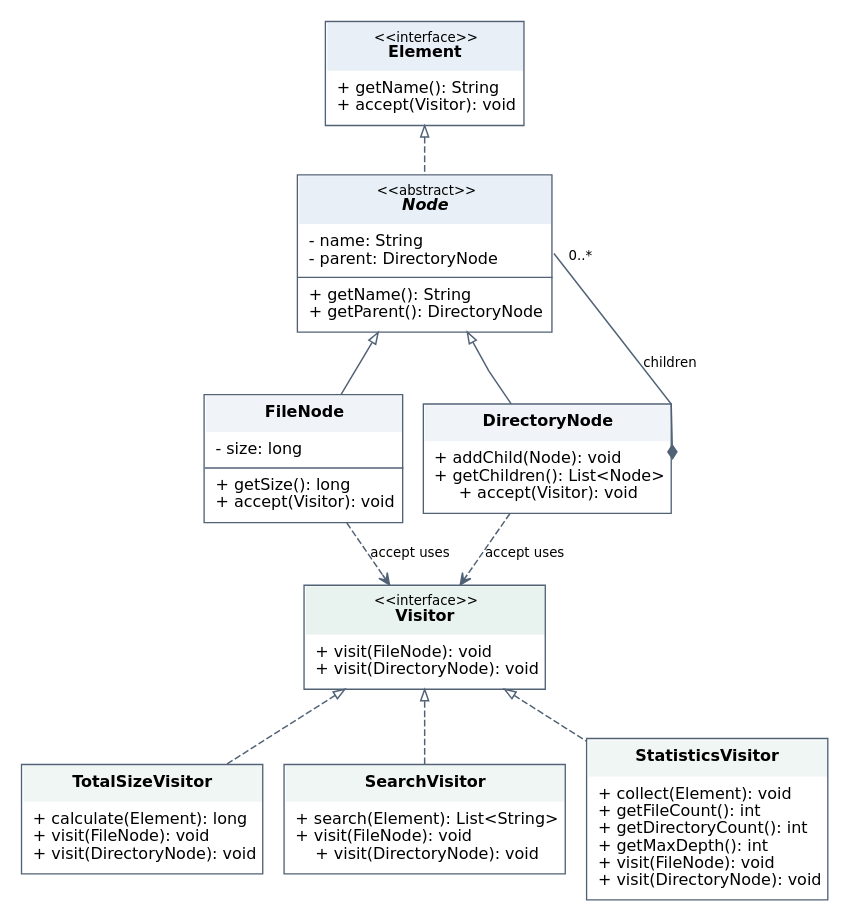
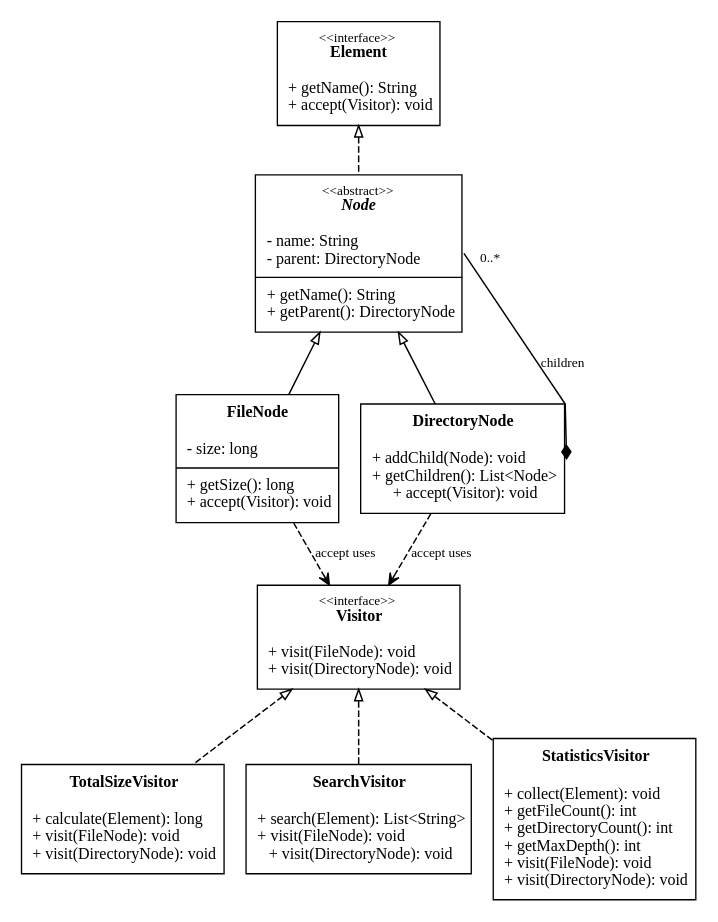
One commit to zzhassyn/sdp-assignment-6 changed the diagram in docs/visitor-uml.dot. Above: the diagram before and after it, drawn with Graphviz. The commit also changed 3 other files, not shown here.

Commit message:
Format report in Times New Roman with black text and standard margins

```diff
--- a/docs/visitor-uml.dot
+++ b/docs/visitor-uml.dot
@@ -1,98 +1,98 @@
 digraph VisitorPattern {
     graph [
         rankdir=TB,
         bgcolor="white",
         pad=0.12,
         nodesep=0.22,
         ranksep=0.48,
         splines=polyline,
         outputorder=edgesfirst,
-        fontname="DejaVu Sans"
+        fontname="Times New Roman,"
     ];
-    node [shape=plain, fontname="DejaVu Sans", fontsize=12];
-    edge [fontname="DejaVu Sans", fontsize=10, color="#516276", penwidth=1.1, arrowsize=0.85];
+    node [shape=plain, fontname="Times New Roman,", fontsize=12];
+    edge [fontname="Times New Roman,", fontsize=10, color="#000000", penwidth=1.1, arrowsize=0.85];
 
     Element [label=<
-        <TABLE BORDER="1" CELLBORDER="0" CELLSPACING="0" CELLPADDING="7" COLOR="#516276">
-            <TR><TD BGCOLOR="#E8EFF6"><FONT POINT-SIZE="10">&lt;&lt;interface&gt;&gt;</FONT><BR/><B>Element</B></TD></TR>
+        <TABLE BORDER="1" CELLBORDER="0" CELLSPACING="0" CELLPADDING="7" COLOR="#000000">
+            <TR><TD BGCOLOR="white"><FONT POINT-SIZE="10">&lt;&lt;interface&gt;&gt;</FONT><BR/><B>Element</B></TD></TR>
             <TR><TD ALIGN="LEFT">+ getName(): String<BR ALIGN="LEFT"/>+ accept(Visitor): void</TD></TR>
         </TABLE>
     >];
 
     "Node" [label=<
-        <TABLE BORDER="1" CELLBORDER="0" CELLSPACING="0" CELLPADDING="7" COLOR="#516276">
-            <TR><TD BGCOLOR="#E8EFF6"><FONT POINT-SIZE="10">&lt;&lt;abstract&gt;&gt;</FONT><BR/><B><I>Node</I></B></TD></TR>
+        <TABLE BORDER="1" CELLBORDER="0" CELLSPACING="0" CELLPADDING="7" COLOR="#000000">
+            <TR><TD BGCOLOR="white"><FONT POINT-SIZE="10">&lt;&lt;abstract&gt;&gt;</FONT><BR/><B><I>Node</I></B></TD></TR>
             <TR><TD ALIGN="LEFT">- name: String<BR ALIGN="LEFT"/>- parent: DirectoryNode</TD></TR>
             <HR/>
             <TR><TD ALIGN="LEFT">+ getName(): String<BR ALIGN="LEFT"/>+ getParent(): DirectoryNode</TD></TR>
         </TABLE>
     >];
 
     FileNode [label=<
-        <TABLE BORDER="1" CELLBORDER="0" CELLSPACING="0" CELLPADDING="7" COLOR="#516276">
-            <TR><TD BGCOLOR="#F0F4F8"><B>FileNode</B></TD></TR>
+        <TABLE BORDER="1" CELLBORDER="0" CELLSPACING="0" CELLPADDING="7" COLOR="#000000">
+            <TR><TD BGCOLOR="white"><B>FileNode</B></TD></TR>
             <TR><TD ALIGN="LEFT">- size: long</TD></TR>
             <HR/>
             <TR><TD ALIGN="LEFT">+ getSize(): long<BR ALIGN="LEFT"/>+ accept(Visitor): void</TD></TR>
         </TABLE>
     >];
 
     DirectoryNode [label=<
-        <TABLE BORDER="1" CELLBORDER="0" CELLSPACING="0" CELLPADDING="7" COLOR="#516276">
-            <TR><TD BGCOLOR="#F0F4F8"><B>DirectoryNode</B></TD></TR>
+        <TABLE BORDER="1" CELLBORDER="0" CELLSPACING="0" CELLPADDING="7" COLOR="#000000">
+            <TR><TD BGCOLOR="white"><B>DirectoryNode</B></TD></TR>
             <TR><TD ALIGN="LEFT">+ addChild(Node): void<BR ALIGN="LEFT"/>+ getChildren(): List&lt;Node&gt;<BR ALIGN="LEFT"/>+ accept(Visitor): void</TD></TR>
         </TABLE>
     >];
 
     Visitor [label=<
-        <TABLE BORDER="1" CELLBORDER="0" CELLSPACING="0" CELLPADDING="7" COLOR="#516276">
-            <TR><TD BGCOLOR="#E8F2EE"><FONT POINT-SIZE="10">&lt;&lt;interface&gt;&gt;</FONT><BR/><B>Visitor</B></TD></TR>
+        <TABLE BORDER="1" CELLBORDER="0" CELLSPACING="0" CELLPADDING="7" COLOR="#000000">
+            <TR><TD BGCOLOR="white"><FONT POINT-SIZE="10">&lt;&lt;interface&gt;&gt;</FONT><BR/><B>Visitor</B></TD></TR>
             <TR><TD ALIGN="LEFT">+ visit(FileNode): void<BR ALIGN="LEFT"/>+ visit(DirectoryNode): void</TD></TR>
         </TABLE>
     >];
 
     TotalSizeVisitor [label=<
-        <TABLE BORDER="1" CELLBORDER="0" CELLSPACING="0" CELLPADDING="7" COLOR="#516276">
-            <TR><TD BGCOLOR="#F0F6F3"><B>TotalSizeVisitor</B></TD></TR>
+        <TABLE BORDER="1" CELLBORDER="0" CELLSPACING="0" CELLPADDING="7" COLOR="#000000">
+            <TR><TD BGCOLOR="white"><B>TotalSizeVisitor</B></TD></TR>
             <TR><TD ALIGN="LEFT">+ calculate(Element): long<BR ALIGN="LEFT"/>+ visit(FileNode): void<BR ALIGN="LEFT"/>+ visit(DirectoryNode): void</TD></TR>
         </TABLE>
     >];
 
     SearchVisitor [label=<
-        <TABLE BORDER="1" CELLBORDER="0" CELLSPACING="0" CELLPADDING="7" COLOR="#516276">
-            <TR><TD BGCOLOR="#F0F6F3"><B>SearchVisitor</B></TD></TR>
+        <TABLE BORDER="1" CELLBORDER="0" CELLSPACING="0" CELLPADDING="7" COLOR="#000000">
+            <TR><TD BGCOLOR="white"><B>SearchVisitor</B></TD></TR>
             <TR><TD ALIGN="LEFT">+ search(Element): List&lt;String&gt;<BR ALIGN="LEFT"/>+ visit(FileNode): void<BR ALIGN="LEFT"/>+ visit(DirectoryNode): void</TD></TR>
         </TABLE>
     >];
 
     StatisticsVisitor [label=<
-        <TABLE BORDER="1" CELLBORDER="0" CELLSPACING="0" CELLPADDING="7" COLOR="#516276">
-            <TR><TD BGCOLOR="#F0F6F3"><B>StatisticsVisitor</B></TD></TR>
+        <TABLE BORDER="1" CELLBORDER="0" CELLSPACING="0" CELLPADDING="7" COLOR="#000000">
+            <TR><TD BGCOLOR="white"><B>StatisticsVisitor</B></TD></TR>
             <TR><TD ALIGN="LEFT">+ collect(Element): void<BR ALIGN="LEFT"/>+ getFileCount(): int<BR ALIGN="LEFT"/>+ getDirectoryCount(): int<BR ALIGN="LEFT"/>+ getMaxDepth(): int<BR ALIGN="LEFT"/>+ visit(FileNode): void<BR ALIGN="LEFT"/>+ visit(DirectoryNode): void</TD></TR>
         </TABLE>
     >];
 
     { rank=same; FileNode; DirectoryNode; }
     { rank=same; TotalSizeVisitor; SearchVisitor; StatisticsVisitor; }
 
     Element -> "Node" [dir=back, arrowtail=empty, style=dashed];
     "Node" -> FileNode [dir=back, arrowtail=empty];
     "Node" -> DirectoryNode [dir=back, arrowtail=empty];
     DirectoryNode:e -> "Node":e [
         dir=both,
         arrowtail=diamond,
         arrowhead=none,
         constraint=false,
         label="children",
         headlabel="0..*",
         labeldistance=2.0,
         labelangle=45
     ];
 
     FileNode -> Visitor [style=dashed, arrowhead=vee, label="accept uses"];
     DirectoryNode -> Visitor [style=dashed, arrowhead=vee, label="accept uses"];
 
     Visitor -> TotalSizeVisitor [dir=back, arrowtail=empty, style=dashed];
     Visitor -> SearchVisitor [dir=back, arrowtail=empty, style=dashed];
     Visitor -> StatisticsVisitor [dir=back, arrowtail=empty, style=dashed];
 }
```
